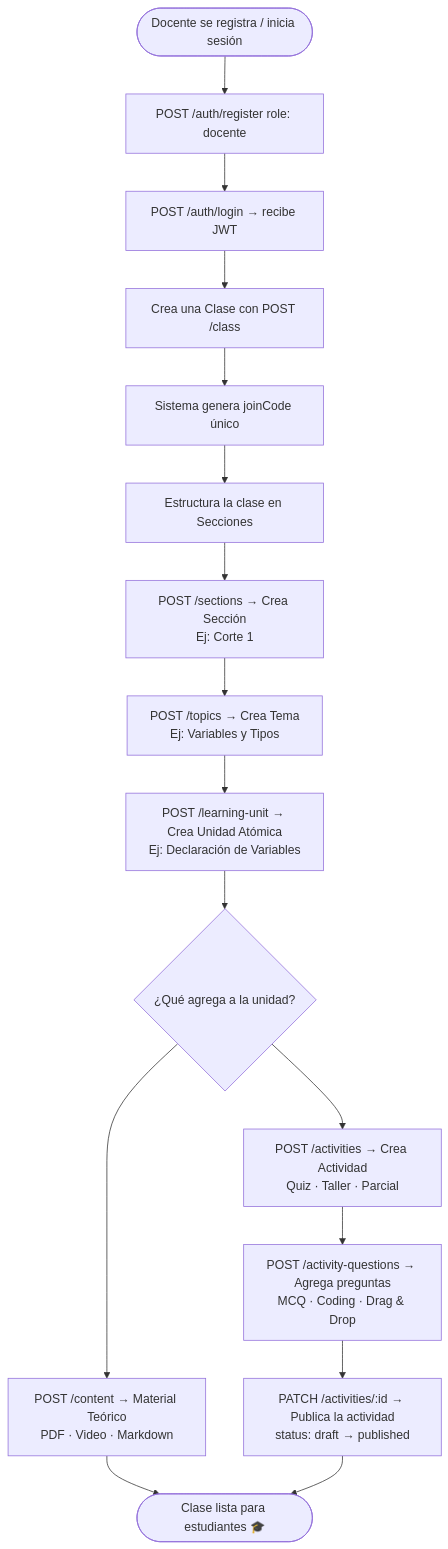
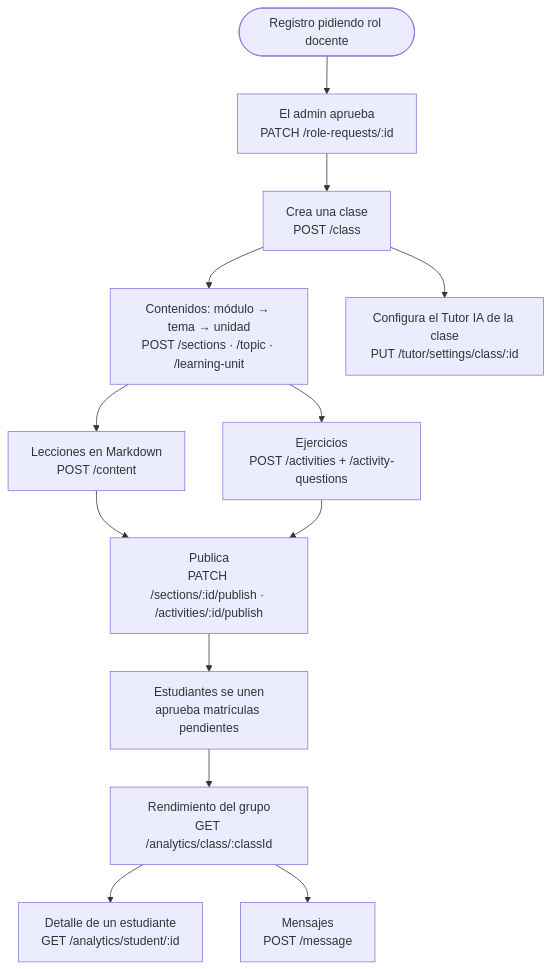
Before and after one commit to Jeider-Gomez/Stire-Soft: the second of 2 diagrams in docs/02_FLUJOS_Y_OPERACIONES.md, drawn with Mermaid. The commit also changed other lines of this file and 421 other files, not shown here.

````diff
--- a/docs/02_FLUJOS_Y_OPERACIONES.md
+++ b/docs/02_FLUJOS_Y_OPERACIONES.md
@@ -107,18 +52,15 @@
 ```mermaid
 flowchart TD
-    A([Docente se registra / inicia sesión]) --> B[POST /auth/register role: docente]
-    B --> C[POST /auth/login → recibe JWT]
-    C --> D[Crea una Clase con POST /class]
-    D --> E[Sistema genera joinCode único]
-    E --> F[Estructura la clase en Secciones]
-    F --> G[POST /sections → Crea Sección\nEj: Corte 1]
-    G --> H[POST /topics → Crea Tema\nEj: Variables y Tipos]
-    H --> I[POST /learning-unit → Crea Unidad Atómica\nEj: Declaración de Variables]
-    I --> J{¿Qué agrega a la unidad?}
-    J --> K[POST /content → Material Teórico\nPDF · Video · Markdown]
-    J --> L[POST /activities → Crea Actividad\nQuiz · Taller · Parcial]
-    L --> M[POST /activity-questions → Agrega preguntas\nMCQ · Coding · Drag & Drop]
-    M --> N[PATCH /activities/:id → Publica la actividad\nstatus: draft → published]
-    K --> O([Clase lista para estudiantes 🎓])
-    N --> O
+    A([Registro pidiendo rol docente]) --> B[El admin aprueba<br/>PATCH /role-requests/:id]
+    B --> C[Crea una clase<br/>POST /class]
+    C --> D[Contenidos: módulo → tema → unidad<br/>POST /sections · /topic · /learning-unit]
+    D --> E[Lecciones en Markdown<br/>POST /content]
+    D --> F[Ejercicios<br/>POST /activities + /activity-questions]
+    E --> G[Publica<br/>PATCH /sections/:id/publish · /activities/:id/publish]
+    F --> G
+    G --> H[Estudiantes se unen<br/>aprueba matrículas pendientes]
+    H --> I[Rendimiento del grupo<br/>GET /analytics/class/:classId]
+    I --> J[Detalle de un estudiante<br/>GET /analytics/student/:id]
+    C --> K[Configura el Tutor IA de la clase<br/>PUT /tutor/settings/class/:id]
+    I --> L[Mensajes<br/>POST /message]
 ```
````
